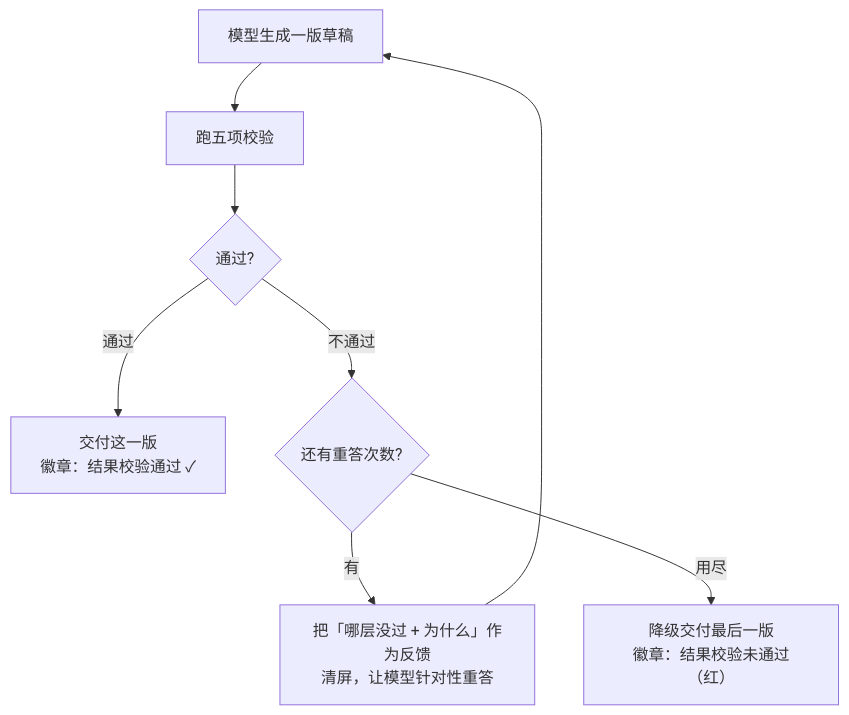
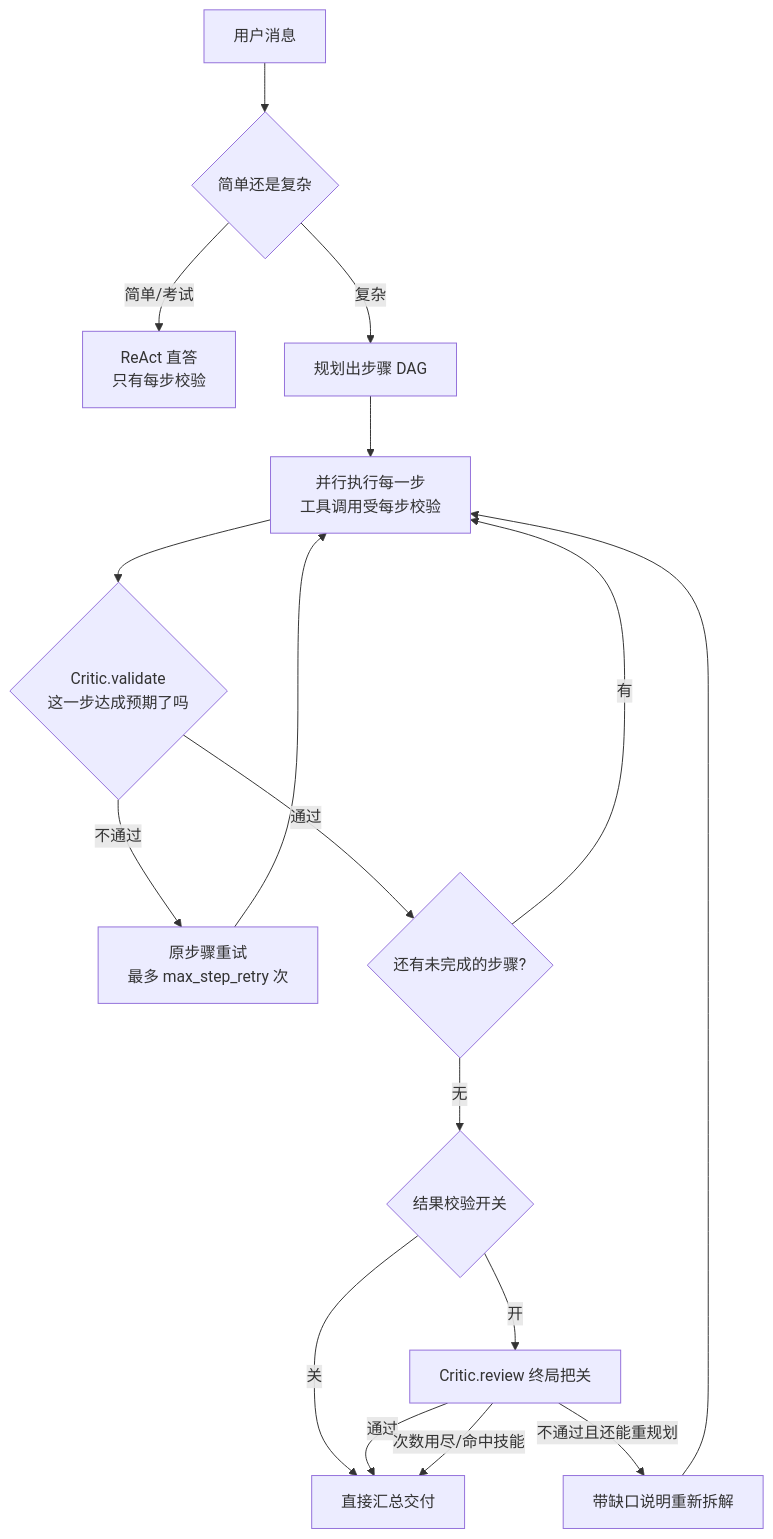
One commit to sumengnan/ai-learning-helper changed the diagram in docs/answer-gate.md. Above: the diagram before and after it, drawn with Mermaid. The commit also changed other lines of this file and 3 other files, not shown here.

````diff
--- a/docs/answer-gate.md
+++ b/docs/answer-gate.md
@@ -40,9 +21,18 @@
 ```mermaid
 flowchart TD
-    A[模型生成一版草稿] --> B[跑五项校验]
-    B --> C{通过?}
-    C -->|通过| D[交付这一版<br/>徽章：结果校验通过 ✓]
-    C -->|不通过| E{还有重答次数?}
-    E -->|有| F[把「哪层没过 + 为什么」作为反馈<br/>清屏，让模型针对性重答] --> A
-    E -->|用尽| G[降级交付最后一版<br/>徽章：结果校验未通过（红）]
+    A[用户消息] --> B{简单还是复杂}
+    B -->|简单/考试| C[ReAct 直答<br/>只有每步校验]
+    B -->|复杂| D[规划出步骤 DAG]
+    D --> E[并行执行每一步<br/>工具调用受每步校验]
+    E --> F{Critic.validate<br/>这一步达成预期了吗}
+    F -->|不通过| G[原步骤重试<br/>最多 max_step_retry 次]
+    G --> E
+    F -->|通过| H{还有未完成的步骤?}
+    H -->|有| E
+    H -->|无| I{结果校验开关}
+    I -->|关| K[直接汇总交付]
+    I -->|开| J[Critic.review 终局把关]
+    J -->|通过| K
+    J -->|不通过且还能重规划| L[带缺口说明重新拆解] --> E
+    J -->|次数用尽/命中技能| K
 ```
````
